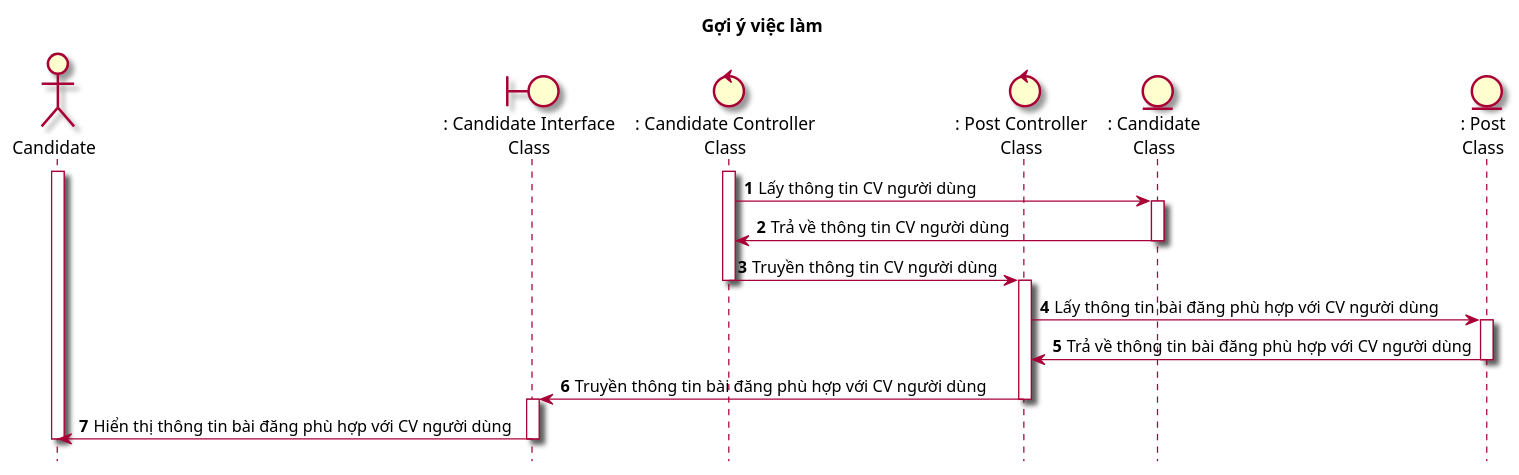
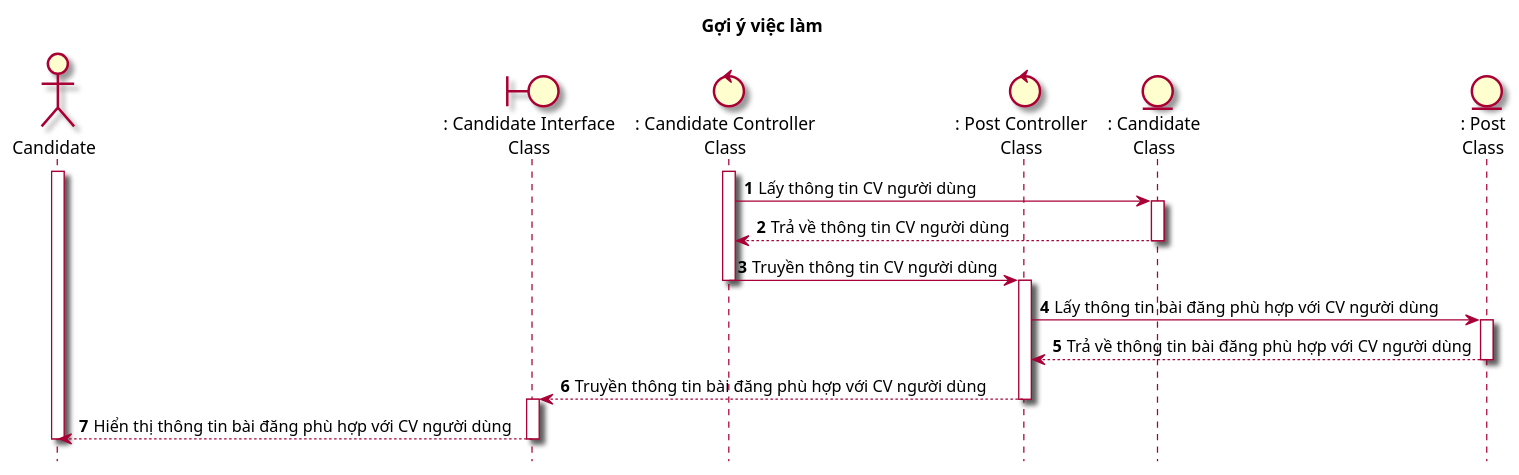
The diagram in Lab1/Lab 1.2 Diagram/Sequence/FilePUML/18. SeqGoiYViecLam.puml (Griselda4774/EAS-EmploymentAssistanceSystem), drawn with PlantUML before and after one commit. The commit also changed 40 other files, not shown here.

Commit message:
Change Sequence diagram

```diff
--- a/Lab1/Lab 1.2 Diagram/Sequence/FilePUML/18. SeqGoiYViecLam.puml
+++ b/Lab1/Lab 1.2 Diagram/Sequence/FilePUML/18. SeqGoiYViecLam.puml
@@ -1,29 +1,29 @@
 @startuml GoiYViecLam
 
 skin rose
 hide footbox
 
 title Gợi ý việc làm
 
 actor "Candidate" as nguoiUngTuyen
 boundary ": Candidate Interface\nClass" as candidateInterface
 control ": Candidate Controller\nClass" as candidateController
 control ": Post Controller\nClass" as postController
 entity ": Candidate\nClass" as candidate
 entity ": Post\nClass" as post
 
 autonumber
 nguoiUngTuyen++
 candidateController++
 candidateController->candidate++ : Lấy thông tin CV người dùng
-candidate->candidateController-- : Trả về thông tin CV người dùng
+candidate-->candidateController-- : Trả về thông tin CV người dùng
 candidateController->postController--: Truyền thông tin CV người dùng
 postController++
 postController->post++: Lấy thông tin bài đăng phù hợp với CV người dùng
-post->postController--: Trả về thông tin bài đăng phù hợp với CV người dùng
-postController->candidateInterface--: Truyền thông tin bài đăng phù hợp với CV người dùng
+post-->postController--: Trả về thông tin bài đăng phù hợp với CV người dùng
+postController-->candidateInterface--: Truyền thông tin bài đăng phù hợp với CV người dùng
 candidateInterface++
-candidateInterface->nguoiUngTuyen--: Hiển thị thông tin bài đăng phù hợp với CV người dùng
+candidateInterface-->nguoiUngTuyen--: Hiển thị thông tin bài đăng phù hợp với CV người dùng
 nguoiUngTuyen--
 
 @enduml
```
